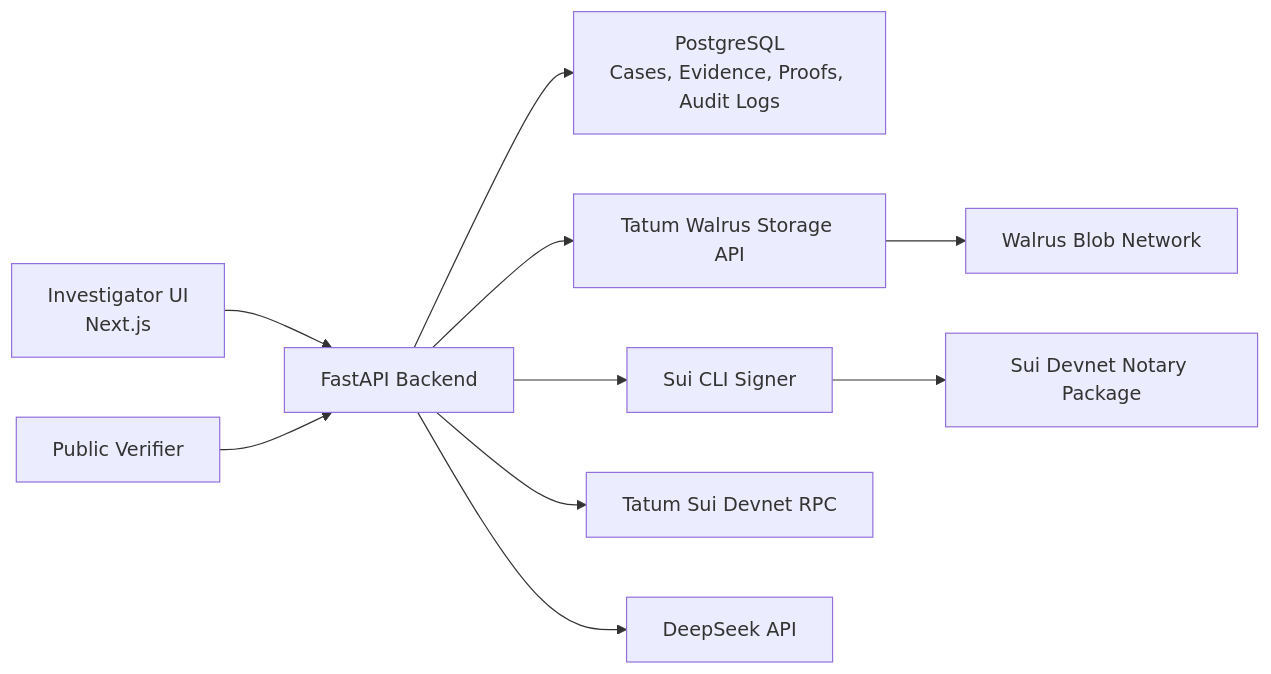
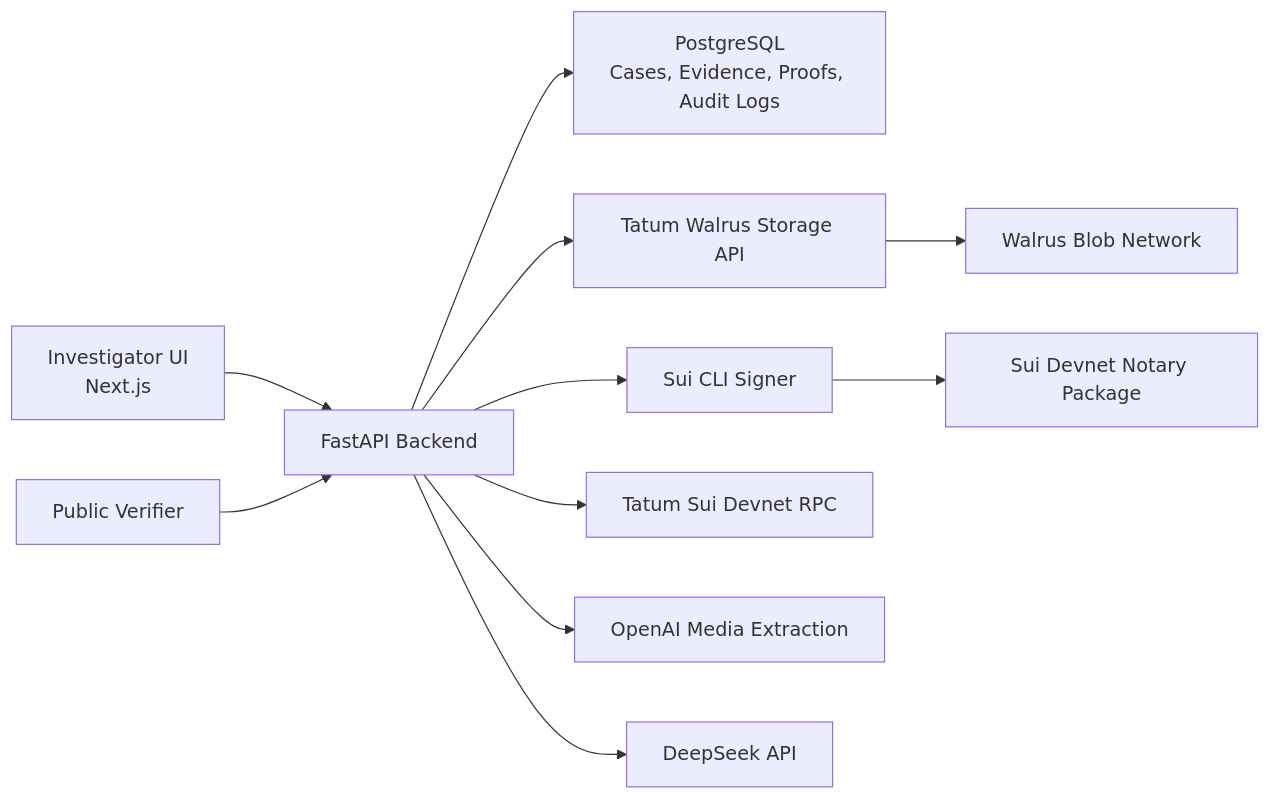
The diagram in README.md (rmisra2003/VerdictChain), drawn with Mermaid before and after one commit. The commit also changed other lines of this file and 15 other files, not shown here.

Commit message:
Add OpenAI media extraction rate limits

````diff
--- a/README.md
+++ b/README.md
@@ -128,12 +132,13 @@
 ```mermaid
 flowchart LR
   A["Investigator UI<br/>Next.js"] --> B["FastAPI Backend"]
   B --> C["PostgreSQL<br/>Cases, Evidence, Proofs, Audit Logs"]
   B --> D["Tatum Walrus Storage API"]
   D --> E["Walrus Blob Network"]
   B --> F["Sui CLI Signer"]
   F --> G["Sui Devnet Notary Package"]
   B --> J["Tatum Sui Devnet RPC"]
+  B --> K["OpenAI Media Extraction"]
   B --> H["DeepSeek API"]
   I["Public Verifier"] --> B
 ```
````
